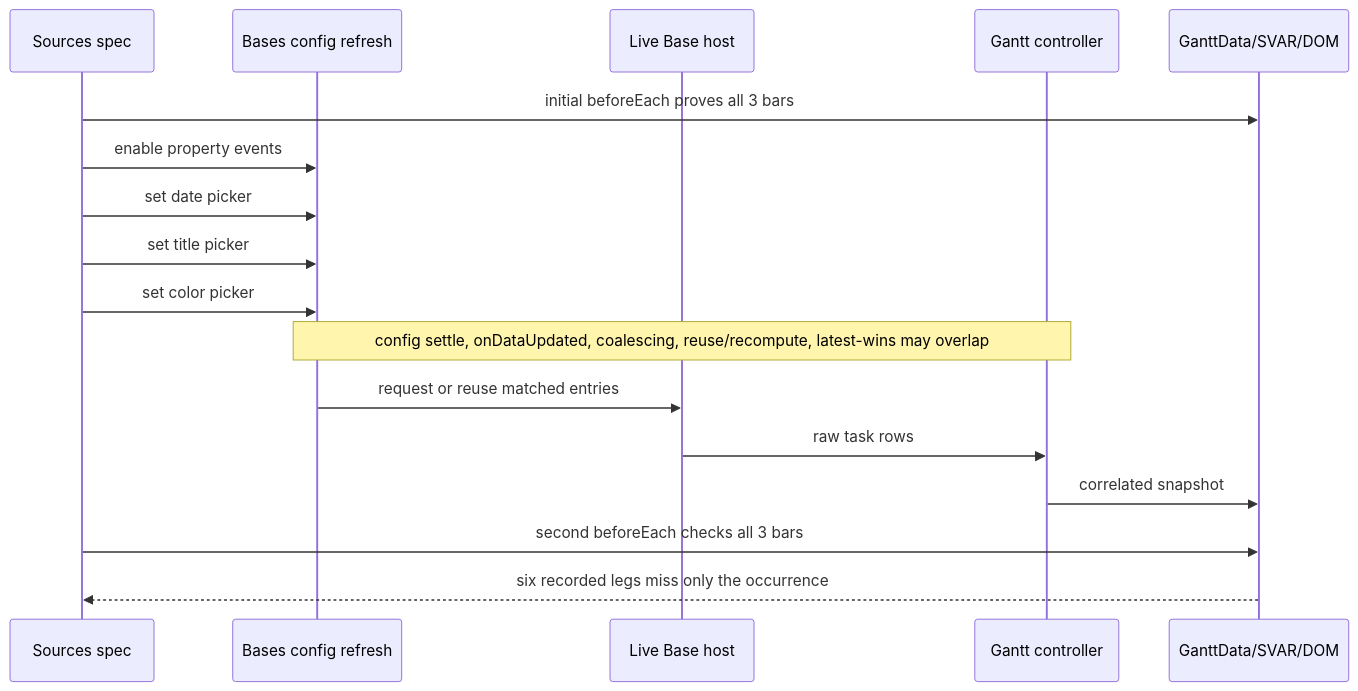
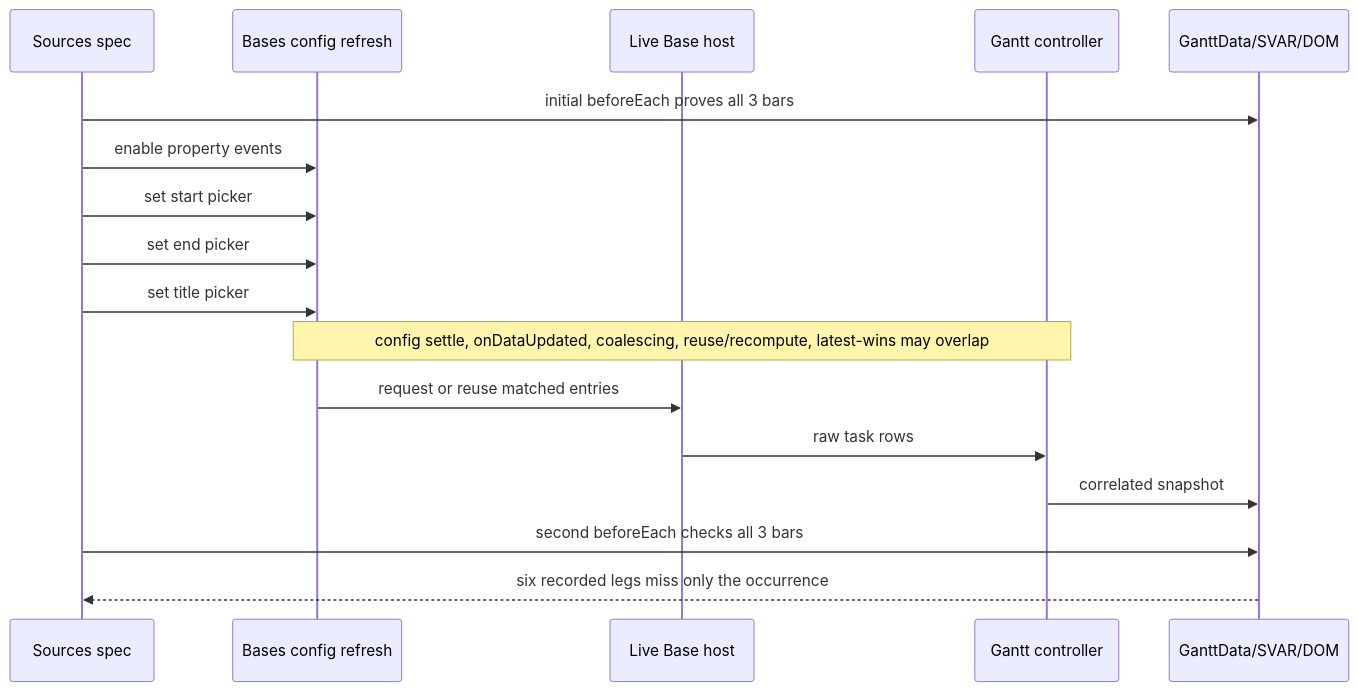
Before and after one commit to renatomen/tasknotes-gantt: the second of 3 diagrams in docs/plans/2026-08-22-0734-chore-calendar-sources-diagnosis-plan.md, drawn with Mermaid. The commit also changed other lines of this file and 6 other files, not shown here.

````diff
--- a/docs/plans/2026-08-22-0734-chore-calendar-sources-diagnosis-plan.md
+++ b/docs/plans/2026-08-22-0734-chore-calendar-sources-diagnosis-plan.md
@@ -112,20 +112,20 @@
 ```mermaid
 sequenceDiagram
     participant Spec as Sources spec
     participant Config as Bases config refresh
     participant Host as Live Base host
     participant Controller as Gantt controller
     participant View as GanttData/SVAR/DOM
 
     Spec->>View: initial beforeEach proves all 3 bars
     Spec->>Config: enable property events
-    Spec->>Config: set date picker
+    Spec->>Config: set start picker
+    Spec->>Config: set end picker
     Spec->>Config: set title picker
-    Spec->>Config: set color picker
     Note over Config,Controller: config settle, onDataUpdated, coalescing, reuse/recompute, latest-wins may overlap
     Config->>Host: request or reuse matched entries
     Host->>Controller: raw task rows
     Controller->>View: correlated snapshot
     Spec->>View: second beforeEach checks all 3 bars
     View-->>Spec: six recorded legs miss only the occurrence
 ```
````
